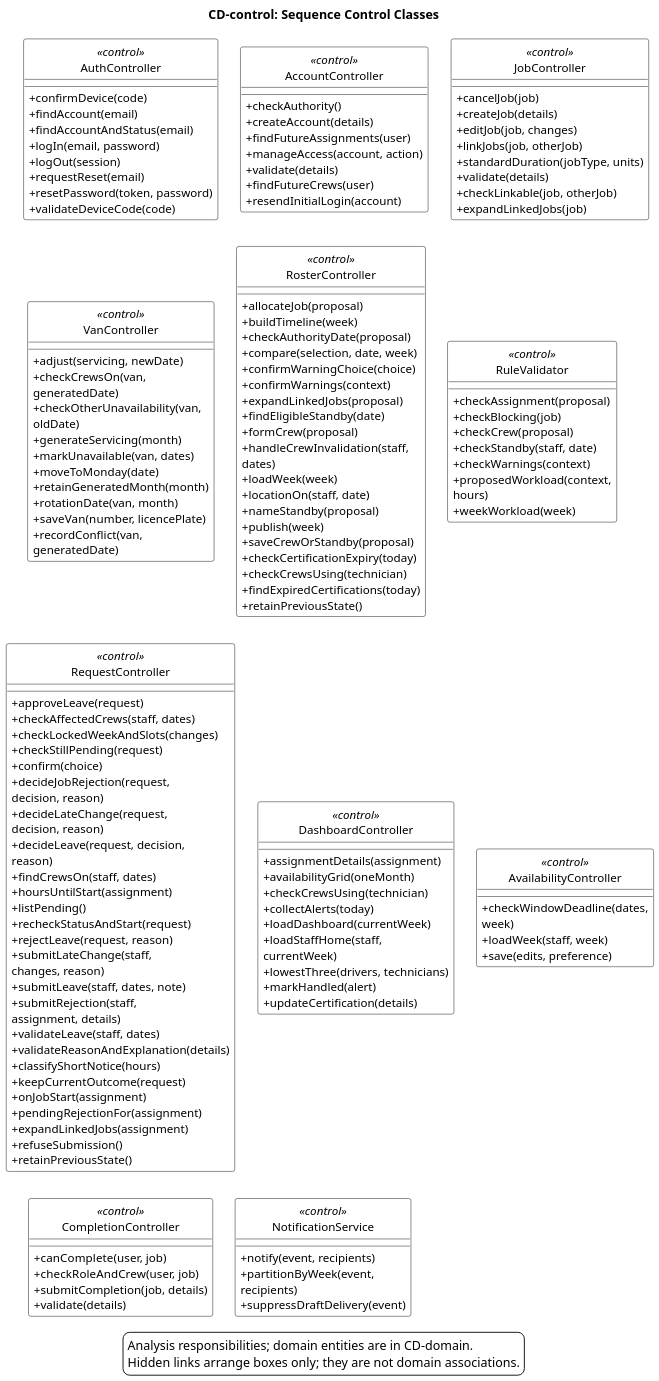
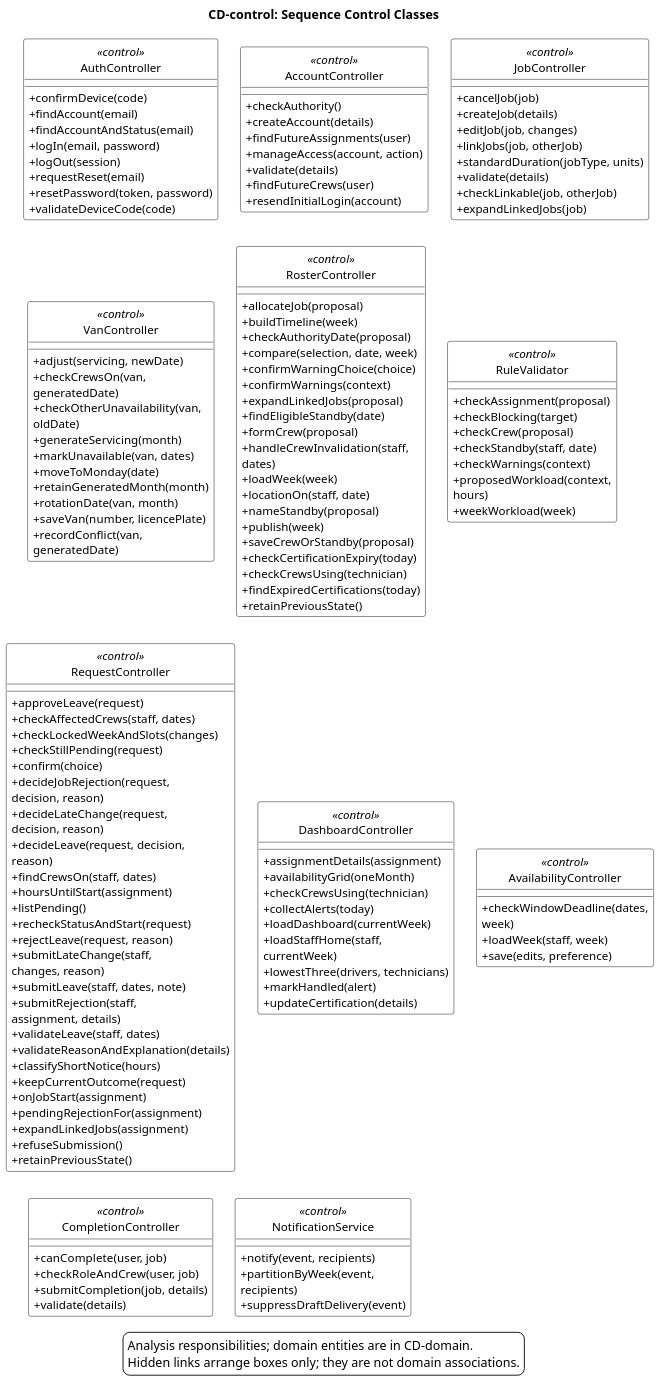
Before and after one commit to ZadeNova/inf2001-SE: the diagram in diagrams/CD-control.puml, drawn with PlantUML. The commit also changed 4 other files, not shown here.

```diff
--- a/diagrams/CD-control.puml
+++ b/diagrams/CD-control.puml
@@ -1,160 +1,160 @@
 @startuml CD-control
 skinparam backgroundColor white
 skinparam shadowing false
 skinparam defaultFontName Arial
 skinparam defaultFontSize 13
 skinparam dpi 150
 skinparam classAttributeIconSize 0
 skinparam classBackgroundColor white
 skinparam classBorderColor black
 skinparam packageBackgroundColor white
 skinparam linetype ortho
 skinparam nodesep 25
 skinparam ranksep 30
 skinparam wrapWidth 210
 hide circle
 title CD-control: Sequence Control Classes
 ' Traces: UC-01 to UC-15; CL IDs in traceability.md.
 ' Round-3 sources: DEC-66, DEC-67, DEC-68.
 ' Round-2 sources: DEC-58, DEC-59, DEC-60, DEC-63.
 ' Sources: DEC-53, DEC-55, DEC-56; adopted sequence-diagram review.
 class AuthController <<control>> {
  +confirmDevice(code)
  +findAccount(email)
  +findAccountAndStatus(email)
  +logIn(email, password)
  +logOut(session)
  +requestReset(email)
  +resetPassword(token, password)
  +validateDeviceCode(code)
 }
 class AccountController <<control>> {
  +checkAuthority()
  +createAccount(details)
  +findFutureAssignments(user)
  +manageAccess(account, action)
  +validate(details)
  +findFutureCrews(user)
  +resendInitialLogin(account)
 }
 class JobController <<control>> {
  +cancelJob(job)
  +createJob(details)
  +editJob(job, changes)
  +linkJobs(job, otherJob)
  +standardDuration(jobType, units)
  +validate(details)
  +checkLinkable(job, otherJob)
  +expandLinkedJobs(job)
 }
 class VanController <<control>> {
  +adjust(servicing, newDate)
  +checkCrewsOn(van, generatedDate)
  +checkOtherUnavailability(van, oldDate)
  +generateServicing(month)
  +markUnavailable(van, dates)
  +moveToMonday(date)
  +retainGeneratedMonth(month)
  +rotationDate(van, month)
  +saveVan(number, licencePlate)
  +recordConflict(van, generatedDate)
 }
 class RosterController <<control>> {
  +allocateJob(proposal)
  +buildTimeline(week)
  +checkAuthorityDate(proposal)
  +compare(selection, date, week)
  +confirmWarningChoice(choice)
  +confirmWarnings(context)
  +expandLinkedJobs(proposal)
  +findEligibleStandby(date)
  +formCrew(proposal)
  +handleCrewInvalidation(staff, dates)
  +loadWeek(week)
  +locationOn(staff, date)
  +nameStandby(proposal)
  +publish(week)
  +saveCrewOrStandby(proposal)
  +checkCertificationExpiry(today)
  +checkCrewsUsing(technician)
  +findExpiredCertifications(today)
  +retainPreviousState()
 }
 class RuleValidator <<control>> {
  +checkAssignment(proposal)
- +checkBlocking(job)
+ +checkBlocking(target)
  +checkCrew(proposal)
  +checkStandby(staff, date)
  +checkWarnings(context)
  +proposedWorkload(context, hours)
  +weekWorkload(week)
 }
 class RequestController <<control>> {
  +approveLeave(request)
  +checkAffectedCrews(staff, dates)
  +checkLockedWeekAndSlots(changes)
  +checkStillPending(request)
  +confirm(choice)
  +decideJobRejection(request, decision, reason)
  +decideLateChange(request, decision, reason)
  +decideLeave(request, decision, reason)
  +findCrewsOn(staff, dates)
  +hoursUntilStart(assignment)
  +listPending()
  +recheckStatusAndStart(request)
  +rejectLeave(request, reason)
  +submitLateChange(staff, changes, reason)
  +submitLeave(staff, dates, note)
  +submitRejection(staff, assignment, details)
  +validateLeave(staff, dates)
  +validateReasonAndExplanation(details)
  +classifyShortNotice(hours)
  +keepCurrentOutcome(request)
  +onJobStart(assignment)
  +pendingRejectionFor(assignment)
  +expandLinkedJobs(assignment)
  +refuseSubmission()
  +retainPreviousState()
 }
 class DashboardController <<control>> {
  +assignmentDetails(assignment)
  +availabilityGrid(oneMonth)
  +checkCrewsUsing(technician)
  +collectAlerts(today)
  +loadDashboard(currentWeek)
  +loadStaffHome(staff, currentWeek)
  +lowestThree(drivers, technicians)
  +markHandled(alert)
  +updateCertification(details)
 }
 class AvailabilityController <<control>> {
  +checkWindowDeadline(dates, week)
  +loadWeek(staff, week)
  +save(edits, preference)
 }
 class CompletionController <<control>> {
  +canComplete(user, job)
  +checkRoleAndCrew(user, job)
  +submitCompletion(job, details)
  +validate(details)
 }
 class NotificationService <<control>> {
  +notify(event, recipients)
  +partitionByWeek(event, recipients)
  +suppressDraftDelivery(event)
 }
 AuthController -[hidden]right-> AccountController
 AccountController -[hidden]right-> JobController
 AuthController -[hidden]down-> VanController
 VanController -[hidden]right-> RosterController
 RosterController -[hidden]right-> RuleValidator
 VanController -[hidden]down-> RequestController
 RequestController -[hidden]right-> DashboardController
 DashboardController -[hidden]right-> AvailabilityController
 RequestController -[hidden]down-> CompletionController
 CompletionController -[hidden]right-> NotificationService
 legend bottom
 Analysis responsibilities; domain entities are in CD-domain.
 Hidden links arrange boxes only; they are not domain associations.
 endlegend
 @enduml
```
